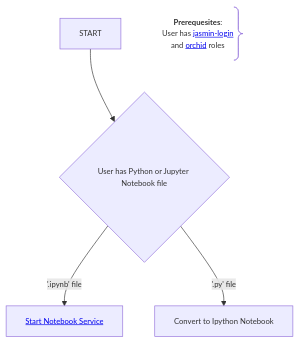
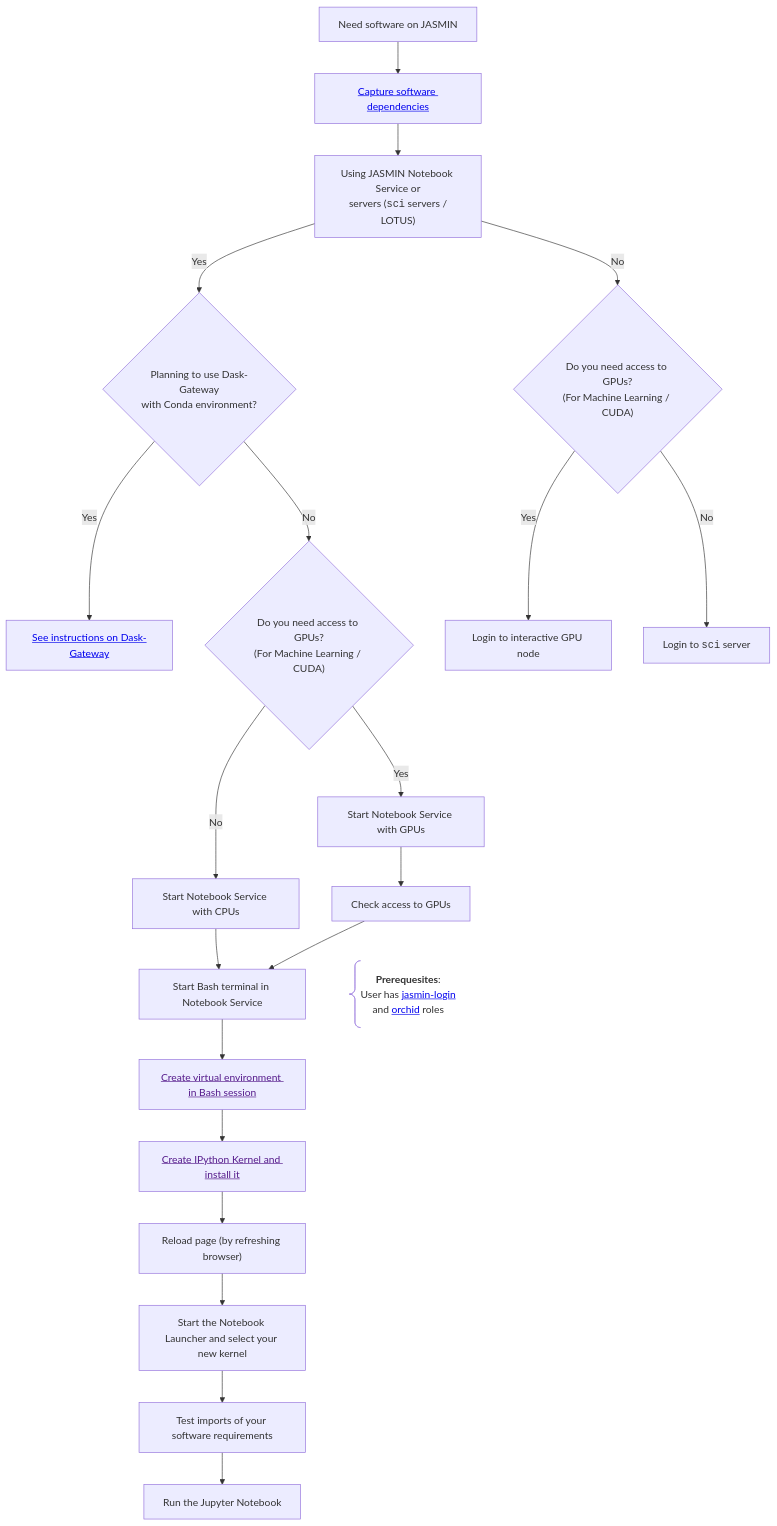
Before and after one commit to agstephens/proto-jasmin-mermaid-docs: the second of 3 diagrams in README.md, drawn with Mermaid.

````diff
--- a/README.md
+++ b/README.md
@@ -105,17 +105,49 @@
 ```mermaid
 ---
-config:
   theme: 'default'
   themeVariables:
     fontSize: 9pt
 ---
- flowchart TD
-    START --> PY_IPYNB{User has Python or Jupyter Notebook file}
+flowchart TD
+    NEED[Need software on JASMIN] --> REQS
 
-    C1@{ shape: brace-r, label: "<b>Prerequesites</b>:
+    REQS[<a href="https://github.com/agstephens/proto-jasmin-mermaid-docs/blob/main/README.md#managing-your-dependencies-using-a-requirements-file">Capture software dependencies</a>]
+
+    REQS --> JNS[Using JASMIN Notebook Service or<br/> servers #40;<code>sci</code> servers / LOTUS#41;]
+
+    JNS -->|Yes| DASK{Planning to use Dask-Gateway<br/>with Conda environment?}
+
+    USE_DASK[<a href="https://github.com/agstephens/proto-jasmin-mermaid-docs/blob/main/README.md#using-dask-gateway">See instructions on Dask-Gateway</a>]
+    DASK -->|Yes| USE_DASK
+    DASK -->|No| GPU_JNS{Do you need access to GPUs?<br/>#40;For Machine Learning / CUDA#41;}
+
+    GPU_JNS -->|Yes| START_JNS_GPU[Start Notebook Service with GPUs]
+    GPU_JNS -->|No| START_JNS_CPU[Start Notebook Service with CPUs]
+
+    START_JNS_GPU --> CHECK_GPU[Check access to GPUs]
+
+    JNS_BASH[Start Bash terminal in Notebook Service]
+
+    CHECK_GPU --> JNS_BASH    
+    START_JNS_CPU --> JNS_BASH
+
+    JNS_BASH --> VENV_JNS[<a href="">Create virtual environment in Bash session</a>]
+    VENV_JNS --> KERNEL[<a href="">Create IPython Kernel and install it</a>]
+    KERNEL --> RELOAD[Reload page #40;by refreshing browser#41;]
+
+    RELOAD --> LAUNCH_NB[Start the Notebook Launcher and select your new kernel]
+    LAUNCH_NB --> TEST_IMPORTS[Test imports of your software requirements]
+
+    TEST_IMPORTS --> RUN_NB[Run the Jupyter Notebook]
+
+    JNS -->|No| GPU_SCI{Do you need access to GPUs?<br/>#40;For Machine Learning / CUDA#41;}
+    GPU_SCI -->|Yes| LOGIN_GPU[Login to interactive GPU node]
+    GPU_SCI -->|No| LOGIN_CPU[Login to <code>sci</code> server]
+
+
+    CHECK_GPU ~~~ C1@{ shape: brace-l, label: "<b>Prerequesites</b>:
         User has <a href='http://help.jasmin.ac.uk/docs/getting-started/get-login-account/'>jasmin-login</a> 
-        and <a href='https://help.jasmin.ac.uk/docs/batch-computing/orchid-gpu-cluster/#request-access-to-orchid'>orchid</a> roles" } ~~~ PY_IPYNB
+        and <a href='https://help.jasmin.ac.uk/docs/batch-computing/orchid-gpu-cluster/#request-access-to-orchid'>orchid</a> roles" }
 
-    PY_IPYNB -->|'.ipynb' file| START_NBS[<a href="https://help.jasmin.ac.uk/docs/interactive-computing/jasmin-notebooks-service/#using-the-jasmin-notebook-service">Start Notebook Service</a>]
-    PY_IPYNB -->|'.py' file| CONVERT_PY[Convert to Ipython Notebook]
+
 ```
````
